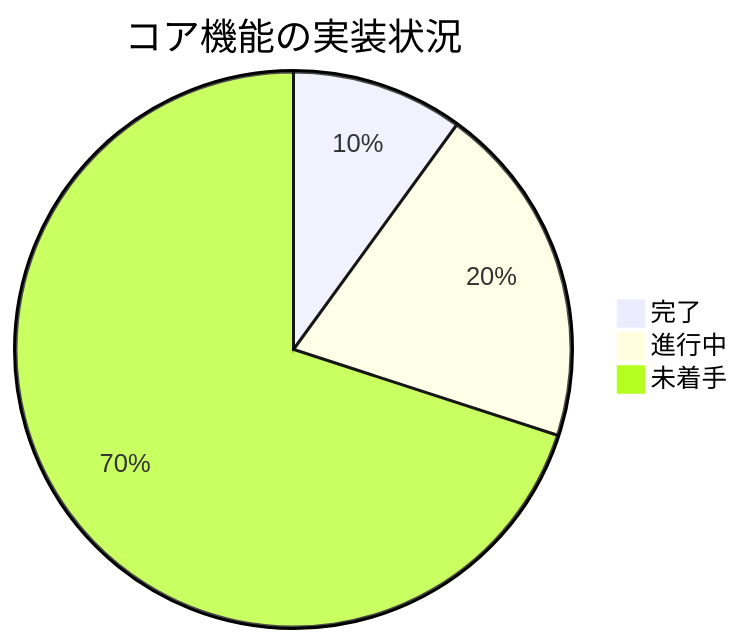
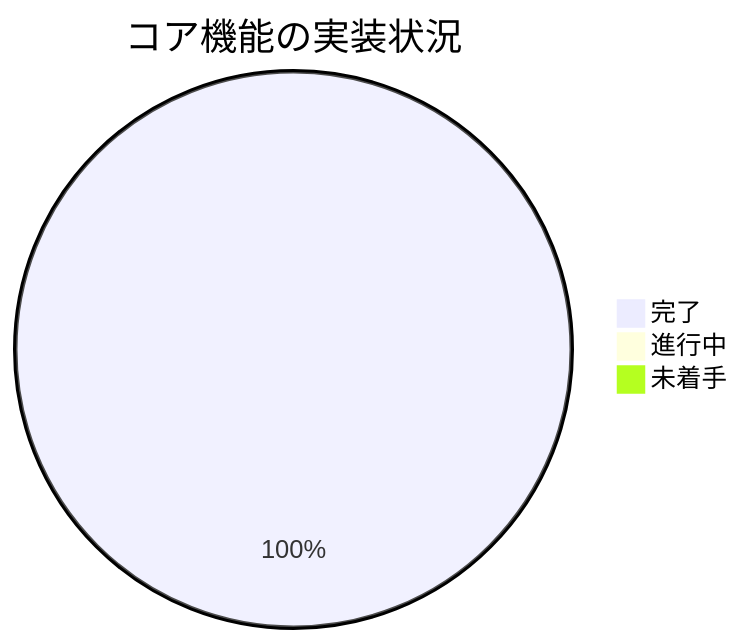
One commit to yutawtr1214/youtube-samalizer changed the first of 2 diagrams in memory-bank/progress.md. Above: the diagram before and after it, drawn with Mermaid. The commit also changed other lines of this file and 14 other files, not shown here.

````diff
--- a/memory-bank/progress.md
+++ b/memory-bank/progress.md
@@ -35,6 +48,6 @@
 ```mermaid
 pie title コア機能の実装状況
-    "完了" : 10
-    "進行中" : 20
-    "未着手" : 70
+    "完了" : 100
+    "進行中" : 0
+    "未着手" : 0
 ```
````
